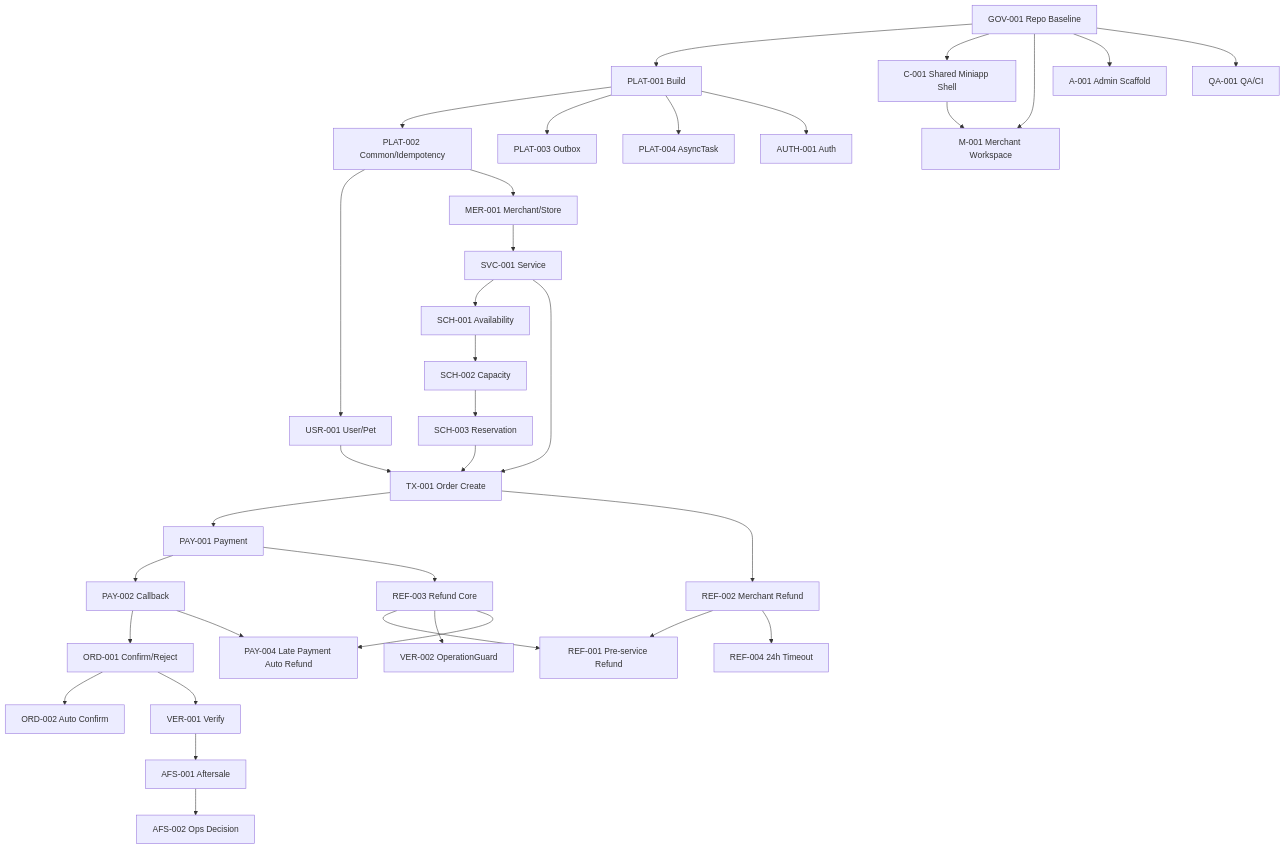
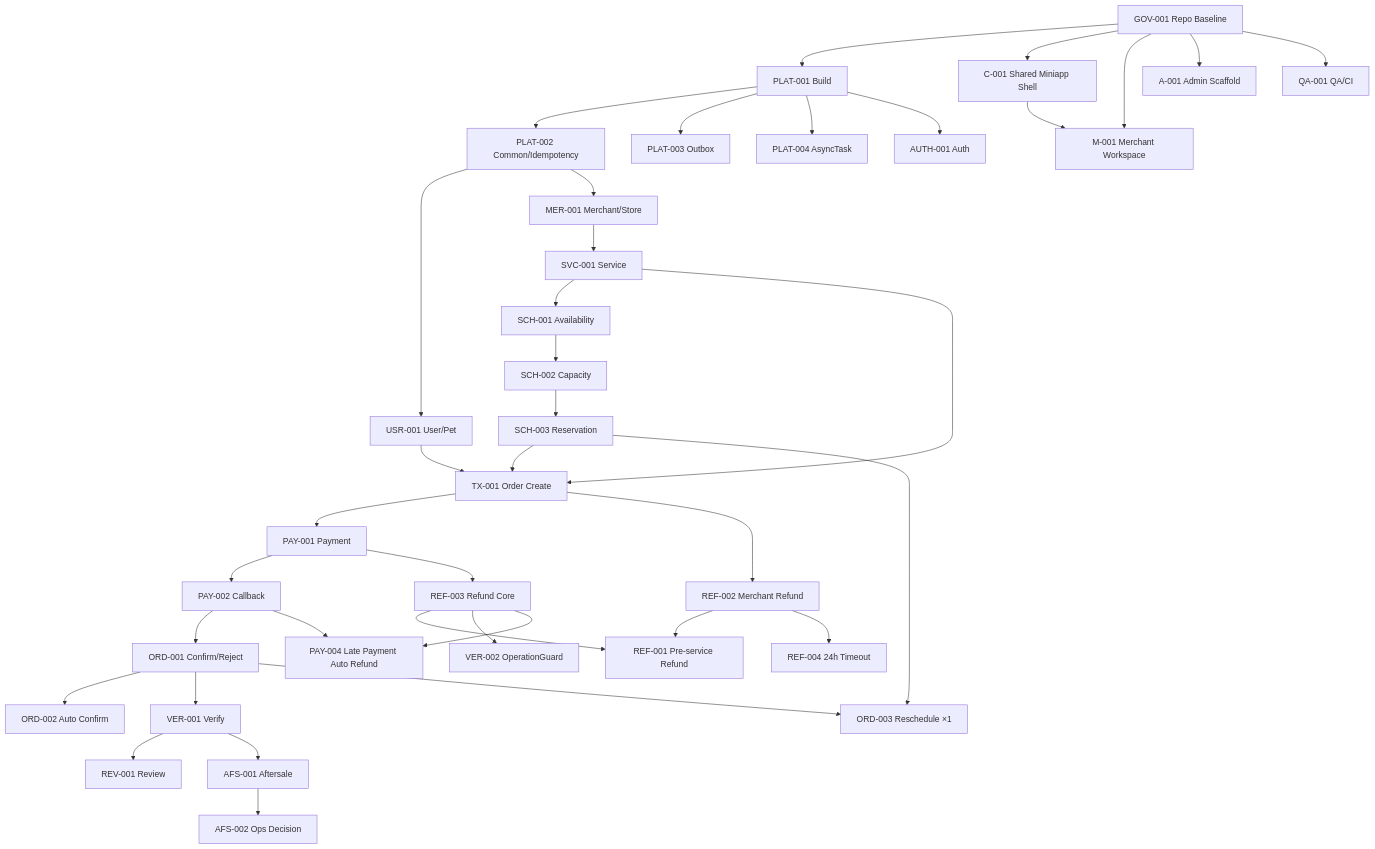
One commit to blueXYing/pet-platform changed the diagram in planning/DEPENDENCY_GRAPH.md. Above: the diagram before and after it, drawn with Mermaid. The commit also changed other lines of this file and 2 other files, not shown here.

````diff
--- a/planning/DEPENDENCY_GRAPH.md
+++ b/planning/DEPENDENCY_GRAPH.md
@@ -3,43 +3,46 @@
 ```mermaid
 flowchart TD
   GOV[GOV-001 Repo Baseline] --> PLAT[PLAT-001 Build]
   GOV --> C1[C-001 Shared Miniapp Shell]
   GOV --> M1[M-001 Merchant Workspace]
   C1 --> M1
   GOV --> A1[A-001 Admin Scaffold]
   GOV --> QA1[QA-001 QA/CI]
 
   PLAT --> COMMON[PLAT-002 Common/Idempotency]
   PLAT --> OUTBOX[PLAT-003 Outbox]
   PLAT --> TASK[PLAT-004 AsyncTask]
   PLAT --> AUTH[AUTH-001 Auth]
 
   COMMON --> USER[USR-001 User/Pet]
   COMMON --> MER[MER-001 Merchant/Store]
   MER --> SVC[SVC-001 Service]
   SVC --> SCH1[SCH-001 Availability]
   SCH1 --> SCH2[SCH-002 Capacity]
   SCH2 --> SCH3[SCH-003 Reservation]
 
   USER --> ORD[TX-001 Order Create]
   SVC --> ORD
   SCH3 --> ORD
 
   ORD --> PAY1[PAY-001 Payment]
   PAY1 --> PAY2[PAY-002 Callback]
   PAY1 --> REF3[REF-003 Refund Core]
   PAY2 --> CONF[ORD-001 Confirm/Reject]
   CONF --> AUTO[ORD-002 Auto Confirm]
   CONF --> VER[VER-001 Verify]
+  CONF --> RES[ORD-003 Reschedule ×1]
+  SCH3 --> RES
+  VER --> REV[REV-001 Review]
 
   ORD --> REF2[REF-002 Merchant Refund]
   REF3 --> REFB[REF-001 Pre-service Refund]
   REF2 --> REFB
   REF2 --> REFT[REF-004 24h Timeout]
   REF3 --> GUARD[VER-002 OperationGuard]
   VER --> AFS[AFS-001 Aftersale]
   AFS --> AFSD[AFS-002 Ops Decision]
 
   PAY2 --> LATE[PAY-004 Late Payment Auto Refund]
   REF3 --> LATE
 ```
````
